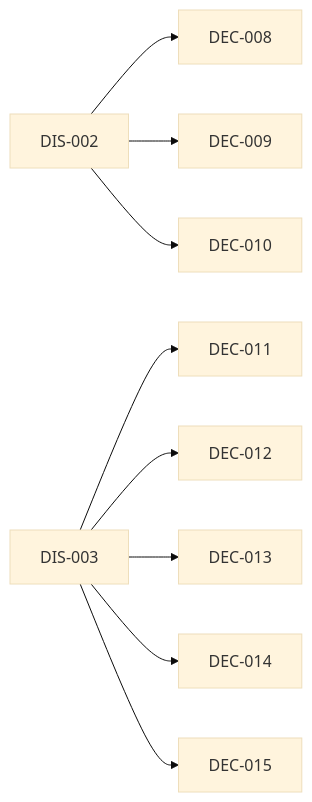
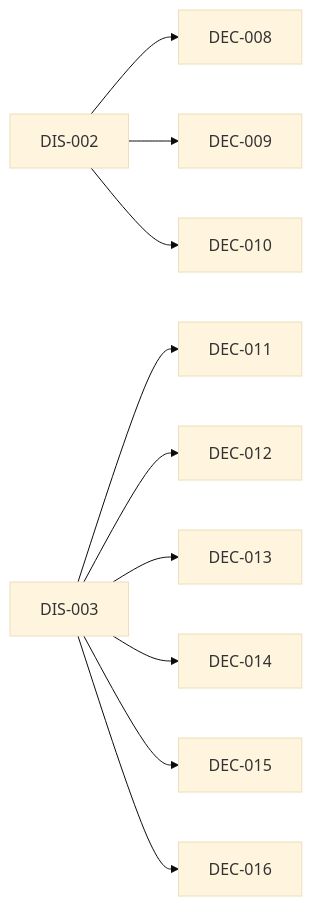
The diagram in INDEX.md (amartis/sonoai_research_notes), drawn with Mermaid (base theme) before and after one commit. The commit also changed other lines of this file and 2 other files, not shown here.

First line of the commit message:
Add DEC-016: notes pre-commit hook; Backlog decision/doc/draft features unused

````diff
--- a/INDEX.md
+++ b/INDEX.md
@@ -37,11 +38,12 @@
 ```mermaid
 flowchart LR
   DIS_002[DIS-002] --> DEC_008[DEC-008]
   DIS_002[DIS-002] --> DEC_009[DEC-009]
   DIS_002[DIS-002] --> DEC_010[DEC-010]
   DIS_003[DIS-003] --> DEC_011[DEC-011]
   DIS_003[DIS-003] --> DEC_012[DEC-012]
   DIS_003[DIS-003] --> DEC_013[DEC-013]
   DIS_003[DIS-003] --> DEC_014[DEC-014]
   DIS_003[DIS-003] --> DEC_015[DEC-015]
+  DIS_003[DIS-003] --> DEC_016[DEC-016]
 ```
````
